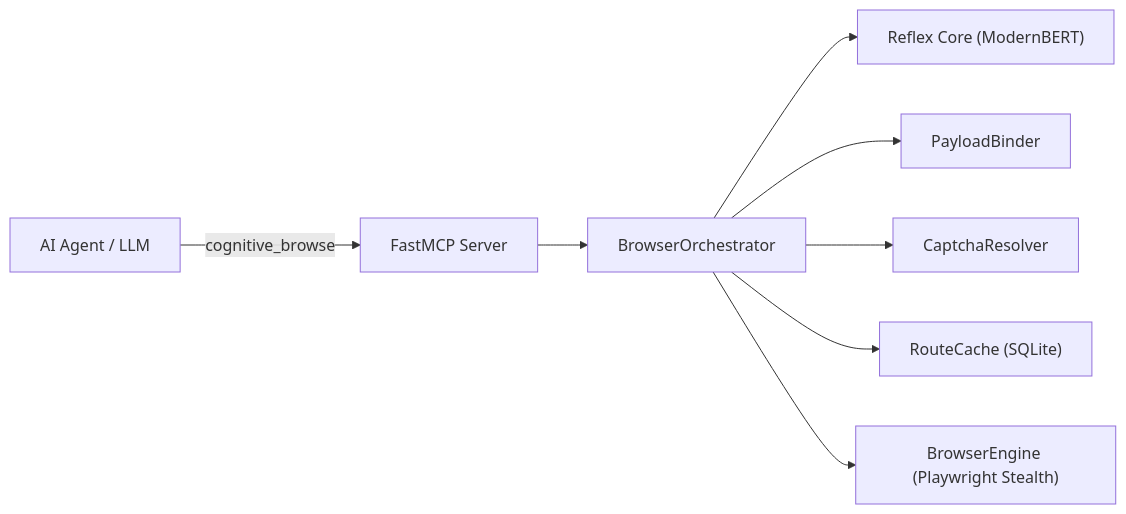
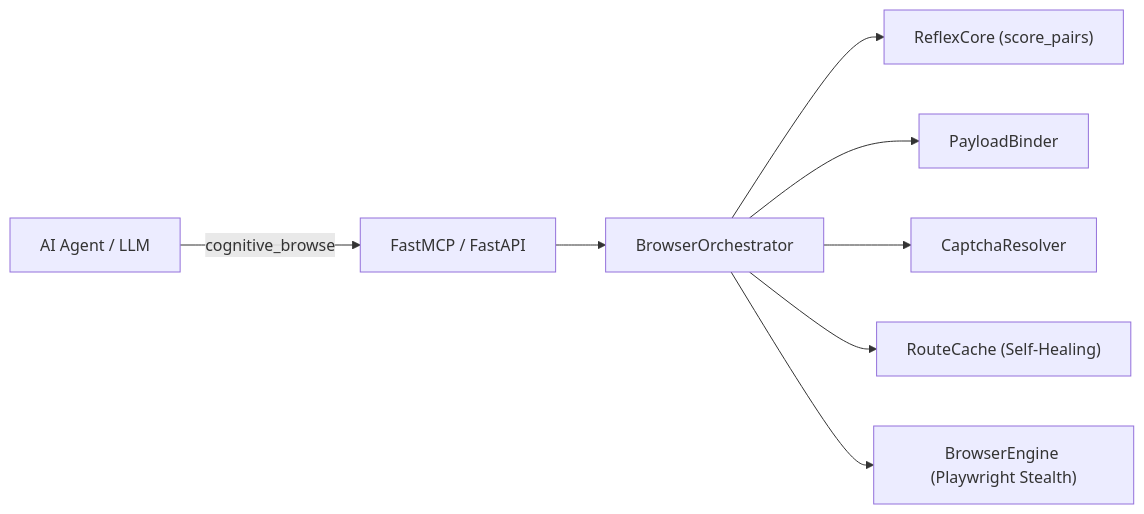
Before and after one commit to mikita12/cognitive-browser: the diagram in README.md, drawn with Mermaid. The commit also changed other lines of this file and 1 other file, not shown here.

````diff
--- a/README.md
+++ b/README.md
@@ -22,10 +23,10 @@
 ```mermaid
 flowchart LR
-    Agent["AI Agent / LLM"] -->|cognitive_browse| MCP["FastMCP Server"]
+    Agent["AI Agent / LLM"] -->|cognitive_browse| MCP["FastMCP / FastAPI"]
     MCP --> Orch["BrowserOrchestrator"]
-    Orch --> Reflex["Reflex Core (ModernBERT)"]
+    Orch --> Reflex["ReflexCore (score_pairs)"]
     Orch --> Payload["PayloadBinder"]
     Orch --> Captcha["CaptchaResolver"]
-    Orch --> Cache["RouteCache (SQLite)"]
+    Orch --> Cache["RouteCache (Self-Healing)"]
     Orch --> Engine["BrowserEngine (Playwright Stealth)"]
 ```
````
